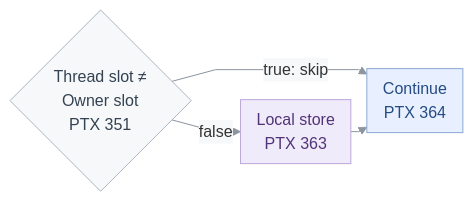
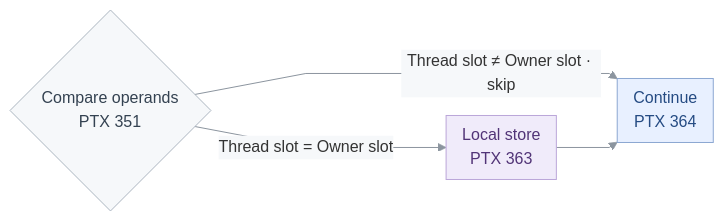
The first of 2 diagrams in examples/vllm__moe_topk_softmax__sm_100a/report.md (gpu-verifier/sentryward), drawn with Mermaid before and after one commit. The commit also changed other lines of this file and 11 other files, not shown here.

````diff
--- a/examples/vllm__moe_topk_softmax__sm_100a/report.md
+++ b/examples/vllm__moe_topk_softmax__sm_100a/report.md
@@ -93,29 +93,29 @@
 ```mermaid
 ---
 config:
   theme: base
   flowchart:
     curve: linear
     nodeSpacing: 16
     rankSpacing: 16
     padding: 8
   themeVariables:
     lineColor: "#8c959f"
     edgeLabelBackground: "#f6f8fa"
     fontFamily: Arial
     fontSize: 16px
 ---
 flowchart LR
-  G{"Thread slot ≠<br/>Owner slot<br/>PTX 351"}
+  G{"Compare operands<br/>PTX 351"}
   E["Local store<br/>PTX 363"]
   J["Continue<br/>PTX 364"]
-  G -->|"false"| E
-  G -->|"true: skip"| J
+  G -->|"Thread slot = Owner slot"| E
+  G -->|"Thread slot ≠ Owner slot · skip"| J
   E --> J
   class G context
   class E focus
   class J operation
 classDef focus fill:#f0ebfa,stroke:#bba6d9,color:#513477
 classDef context fill:#f6f8fa,stroke:#abb5c0,color:#344251
 classDef operation fill:#e8f0ff,stroke:#8ca7d2,color:#254b83
 ```
````
